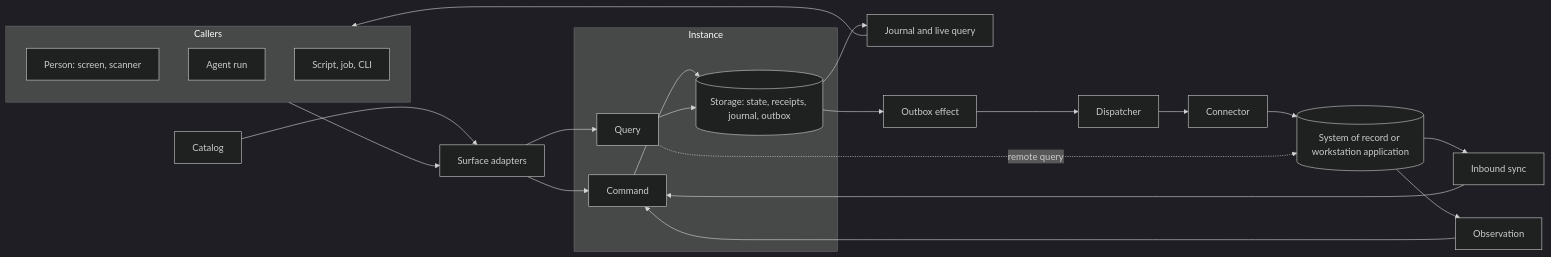
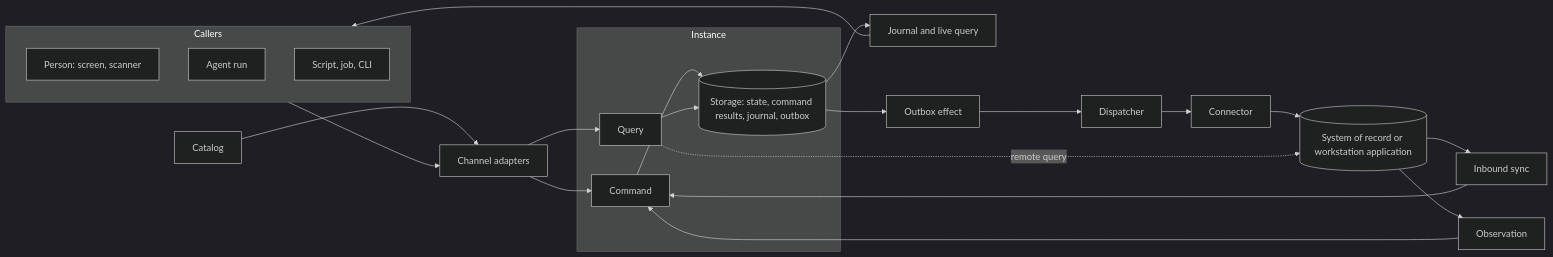
Before and after one commit to wisdomousai/tortoise: the diagram in docs/primitives.md, drawn with Mermaid (dark theme). The commit also changed other lines of this file and 367 other files, not shown here.

````diff
--- a/docs/primitives.md
+++ b/docs/primitives.md
@@ -5,22 +5,22 @@
 ```mermaid
 flowchart LR
   subgraph Callers
     Person[Person: screen, scanner]
     Agent[Agent run]
     Script[Script, job, CLI]
   end
-  Catalog[Catalog] --> Surface
-  Callers --> Surface[Surface adapters]
-  Surface --> Command
-  Surface --> Query
+  Catalog[Catalog] --> Channel
+  Callers --> Channel[Channel adapters]
+  Channel --> Command
+  Channel --> Query
   subgraph Instance
-    Command --> Store[(Storage: state, receipts, journal, outbox)]
+    Command --> Store[(Storage: state, command results, journal, outbox)]
     Query --> Store
   end
   Store --> Live[Journal and live query] --> Callers
   Store --> Outbox[Outbox effect] --> Dispatcher --> Connector
   Connector --> External[(System of record or workstation application)]
   External --> Inbound[Inbound sync] --> Command
   Query -. remote query .-> External
   External --> Observation --> Command
 ```
````
